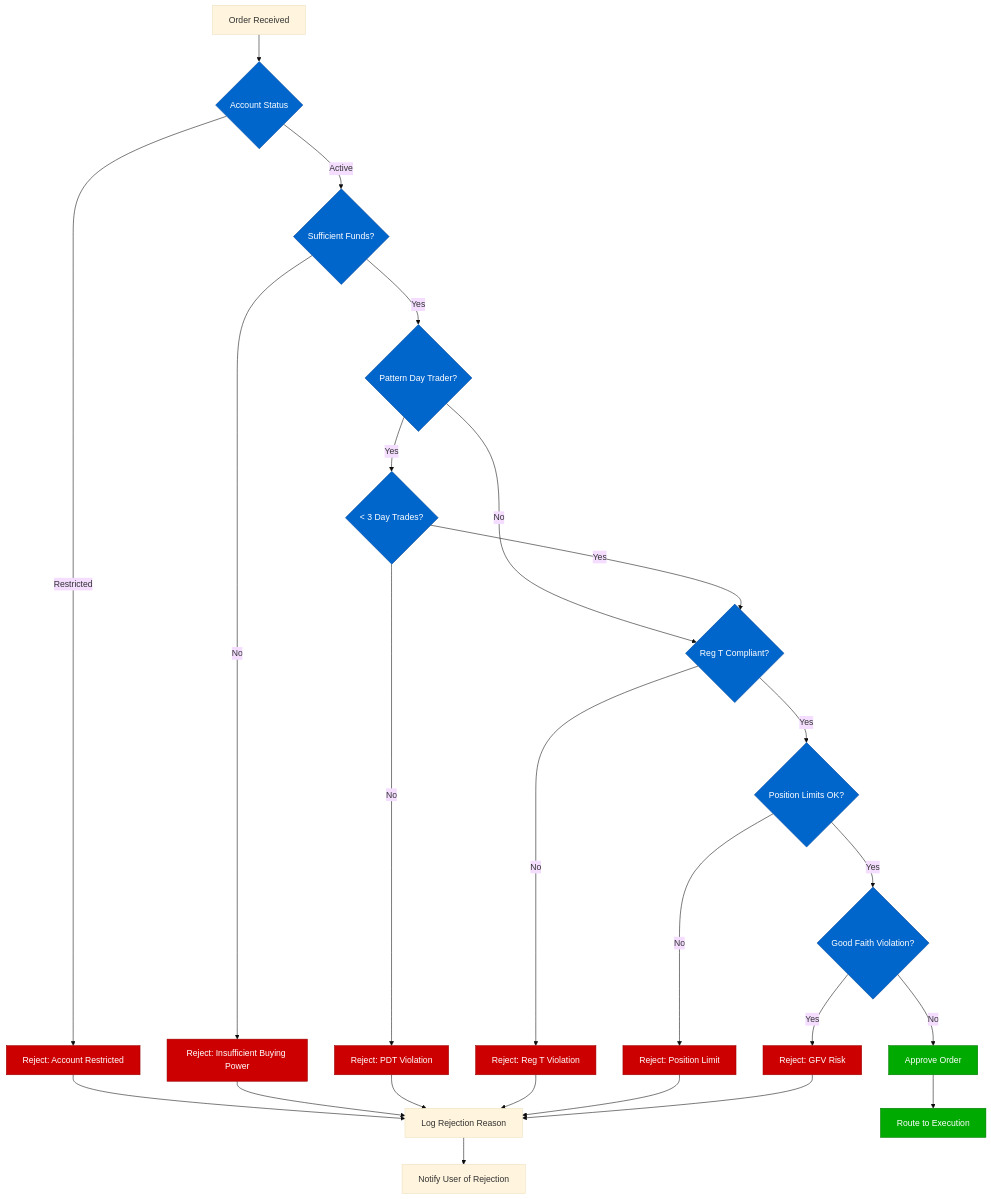
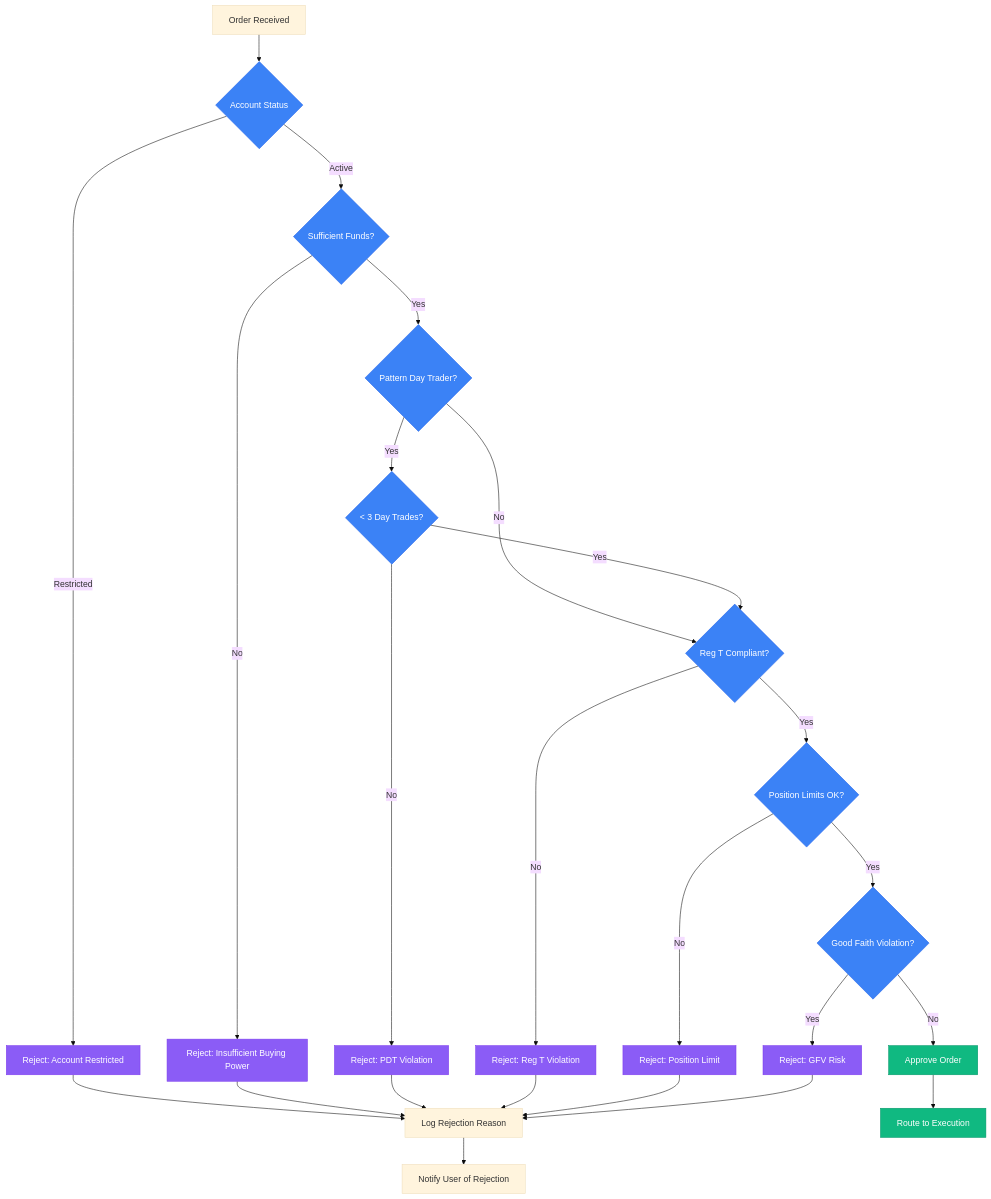
One commit to deepaucksharma/DS changed the second of 4 diagrams in site/docs/systems/robinhood/02-request-flow.md. Above: the diagram before and after it, drawn with Mermaid (base theme). The commit also changed other lines of this file and 187 other files, not shown here.

````diff
--- a/site/docs/systems/robinhood/02-request-flow.md
+++ b/site/docs/systems/robinhood/02-request-flow.md
@@ -105,42 +105,42 @@
 ```mermaid
 flowchart TD
     START[Order Received] --> ACCT{Account Status}
     ACCT -->|Active| FUNDS{Sufficient Funds?}
     ACCT -->|Restricted| REJECT1[Reject: Account Restricted]
 
     FUNDS -->|Yes| PDT{Pattern Day Trader?}
     FUNDS -->|No| REJECT2[Reject: Insufficient Buying Power]
 
     PDT -->|Yes| PDT_CHECK{< 3 Day Trades?}
     PDT -->|No| REG_T{Reg T Compliant?}
 
     PDT_CHECK -->|Yes| REG_T
     PDT_CHECK -->|No| REJECT3[Reject: PDT Violation]
 
     REG_T -->|Yes| POSITION{Position Limits OK?}
     REG_T -->|No| REJECT4[Reject: Reg T Violation]
 
     POSITION -->|Yes| GFV{Good Faith Violation?}
     POSITION -->|No| REJECT5[Reject: Position Limit]
 
     GFV -->|No| APPROVE[Approve Order]
     GFV -->|Yes| REJECT6[Reject: GFV Risk]
 
     REJECT1 --> LOG[Log Rejection Reason]
     REJECT2 --> LOG
     REJECT3 --> LOG
     REJECT4 --> LOG
     REJECT5 --> LOG
     REJECT6 --> LOG
 
     LOG --> USER_NOTIFY[Notify User of Rejection]
     APPROVE --> ROUTE[Route to Execution]
 
-    classDef approveStyle fill:#00AA00,stroke:#007700,color:#fff
-    classDef rejectStyle fill:#CC0000,stroke:#990000,color:#fff
-    classDef checkStyle fill:#0066CC,stroke:#004499,color:#fff
+    classDef approveStyle fill:#10B981,stroke:#059669,color:#fff
+    classDef rejectStyle fill:#8B5CF6,stroke:#7C3AED,color:#fff
+    classDef checkStyle fill:#3B82F6,stroke:#2563EB,color:#fff
 
     class APPROVE,ROUTE approveStyle
     class REJECT1,REJECT2,REJECT3,REJECT4,REJECT5,REJECT6 rejectStyle
     class ACCT,FUNDS,PDT,PDT_CHECK,REG_T,POSITION,GFV checkStyle
 ```
````
